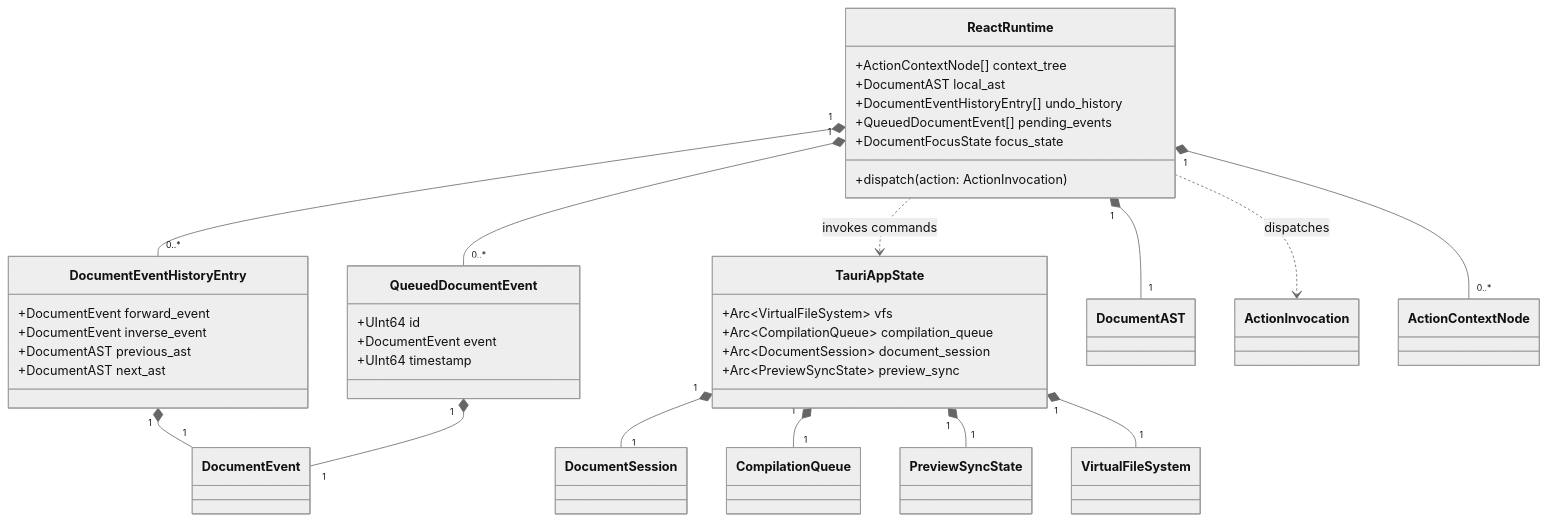
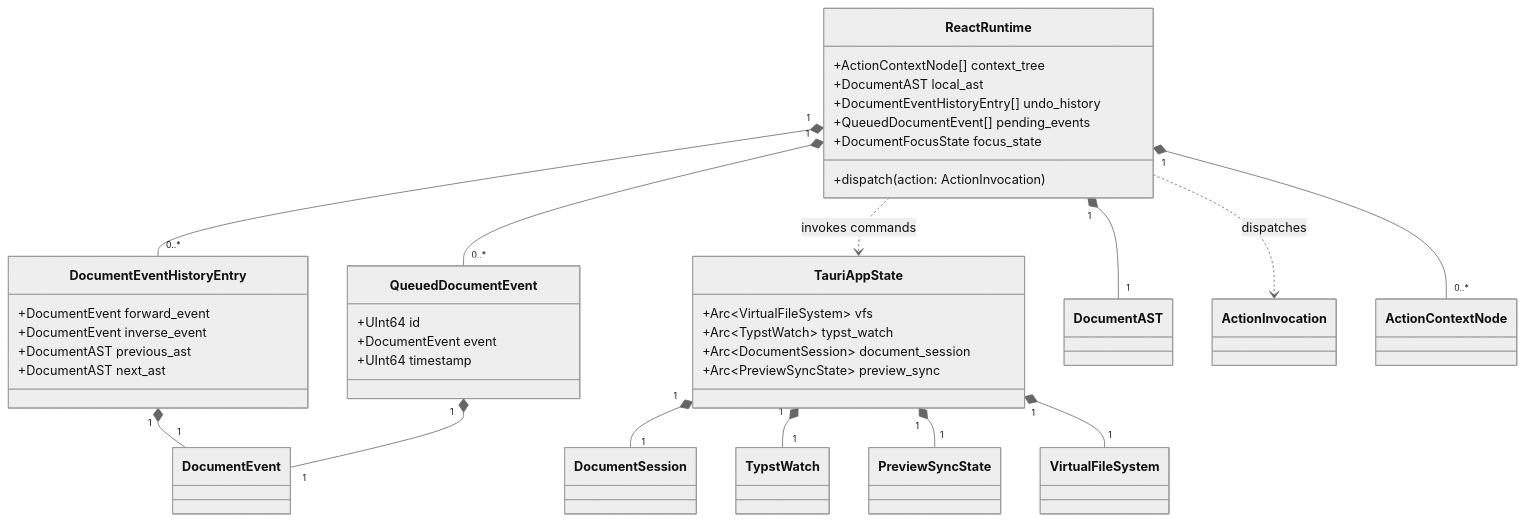
One commit to andmoreduro/ergo changed the seventh of 7 diagrams in context/class-diagrams.md. Above: the diagram before and after it, drawn with Mermaid (neutral theme). The commit also changed other lines of this file and 7 other files, not shown here.

First line of the commit message:
docs: align architecture diagrams with TypstWatch and resource previews

````diff
--- a/context/class-diagrams.md
+++ b/context/class-diagrams.md
@@ -638,53 +610,53 @@
 ```mermaid
 classDiagram
     class ReactRuntime {
         +ActionContextNode[] context_tree
         +DocumentAST local_ast
         +DocumentEventHistoryEntry[] undo_history
         +QueuedDocumentEvent[] pending_events
         +DocumentFocusState focus_state
         +dispatch(action: ActionInvocation)
     }
 
     class DocumentEventHistoryEntry {
         +DocumentEvent forward_event
         +DocumentEvent inverse_event
         +DocumentAST previous_ast
         +DocumentAST next_ast
     }
 
     class QueuedDocumentEvent {
         +UInt64 id
         +DocumentEvent event
         +UInt64 timestamp
     }
 
     class TauriAppState {
         +Arc~VirtualFileSystem~ vfs
-        +Arc~CompilationQueue~ compilation_queue
+        +Arc~TypstWatch~ typst_watch
         +Arc~DocumentSession~ document_session
         +Arc~PreviewSyncState~ preview_sync
     }
 
     class DocumentAST
     class DocumentEvent
     class ActionInvocation
     class ActionContextNode
     class DocumentSession
-    class CompilationQueue
+    class TypstWatch
     class PreviewSyncState
     class VirtualFileSystem
 
     ReactRuntime "1" *-- "1" DocumentAST
     ReactRuntime "1" *-- "0..*" DocumentEventHistoryEntry
     ReactRuntime "1" *-- "0..*" QueuedDocumentEvent
     DocumentEventHistoryEntry "1" *-- "1" DocumentEvent
     QueuedDocumentEvent "1" *-- "1" DocumentEvent
     ReactRuntime "1" *-- "0..*" ActionContextNode
     ReactRuntime ..> ActionInvocation : dispatches
     ReactRuntime ..> TauriAppState : invokes commands
     TauriAppState "1" *-- "1" DocumentSession
-    TauriAppState "1" *-- "1" CompilationQueue
+    TauriAppState "1" *-- "1" TypstWatch
     TauriAppState "1" *-- "1" PreviewSyncState
     TauriAppState "1" *-- "1" VirtualFileSystem
 ```
````
